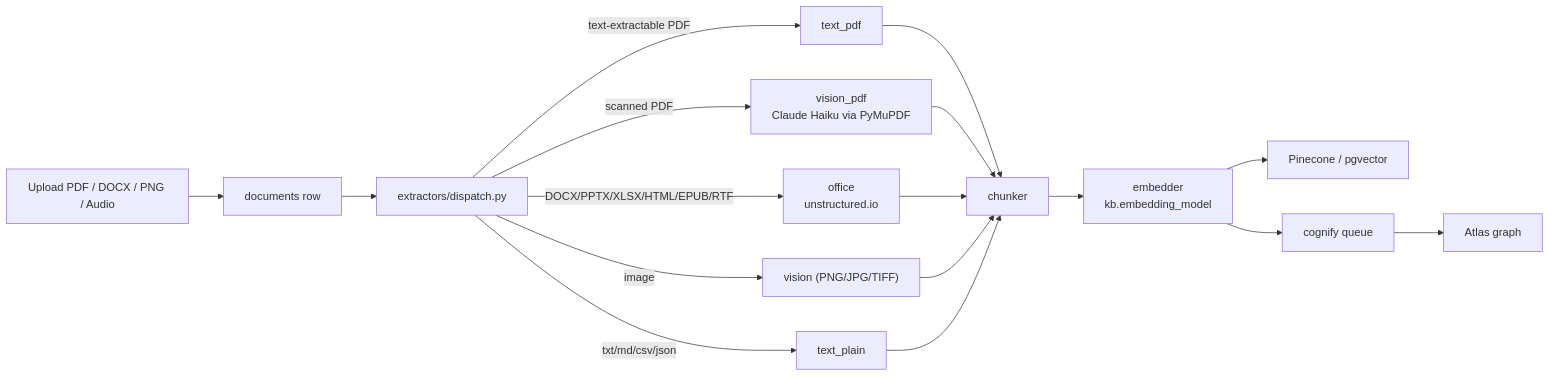
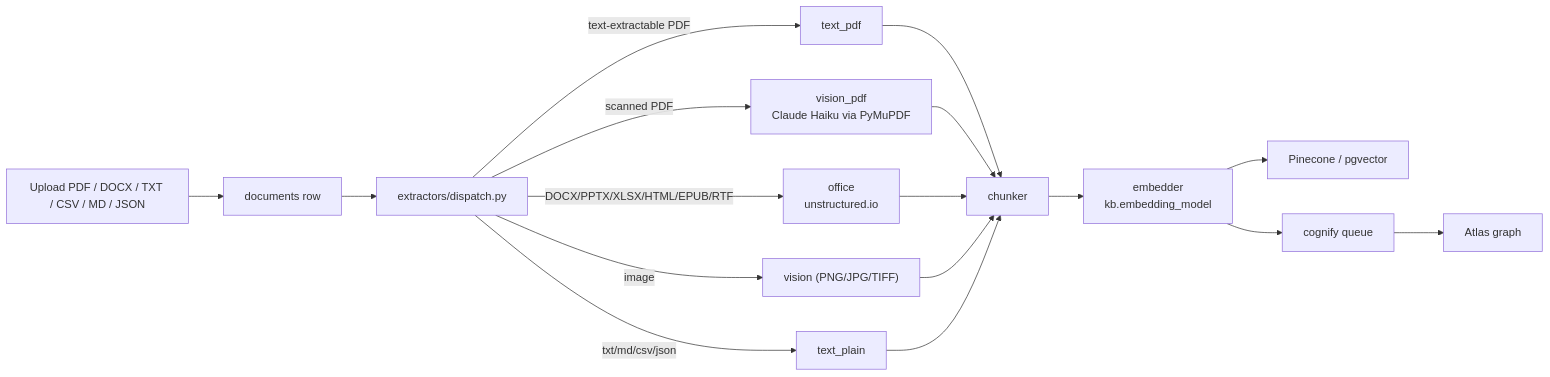
Before and after one commit to sarkar4777/abenix: the second of 2 diagrams in ARCHITECTURE.md, drawn with Mermaid. The commit also changed other lines of this file and 288 other files, not shown here.

````diff
--- a/ARCHITECTURE.md
+++ b/ARCHITECTURE.md
@@ -114,19 +123,19 @@
 ```mermaid
 flowchart LR
-  U["Upload PDF / DOCX / PNG / Audio"] --> D["documents row"]
+  U["Upload PDF / DOCX / TXT / CSV / MD / JSON"] --> D["documents row"]
   D --> EX["extractors/dispatch.py"]
   EX -->|text-extractable PDF| T["text_pdf"]
   EX -->|scanned PDF| V["vision_pdf<br/>Claude Haiku via PyMuPDF"]
   EX -->|DOCX/PPTX/XLSX/HTML/EPUB/RTF| O["office<br/>unstructured.io"]
   EX -->|image| I["vision (PNG/JPG/TIFF)"]
   EX -->|txt/md/csv/json| TX["text_plain"]
   T --> C["chunker"]
   V --> C
   O --> C
   I --> C
   TX --> C
   C --> EM["embedder<br/>kb.embedding_model"]
   EM --> P["Pinecone / pgvector"]
   EM --> CG["cognify queue"]
   CG --> AT["Atlas graph"]
 ```
````
